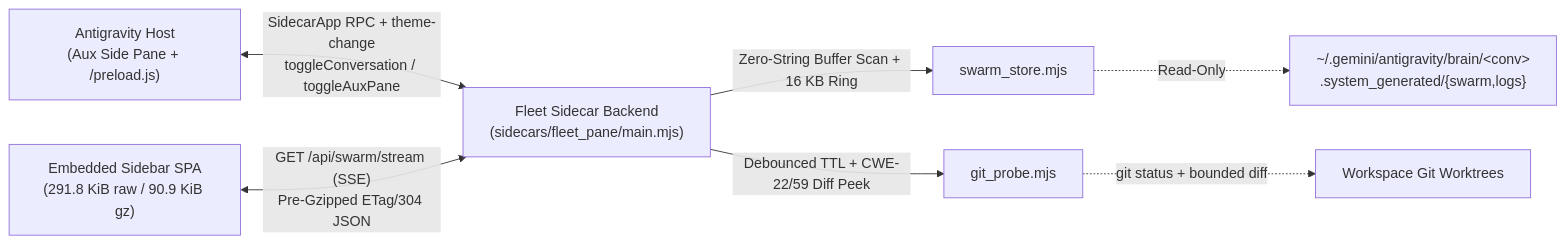
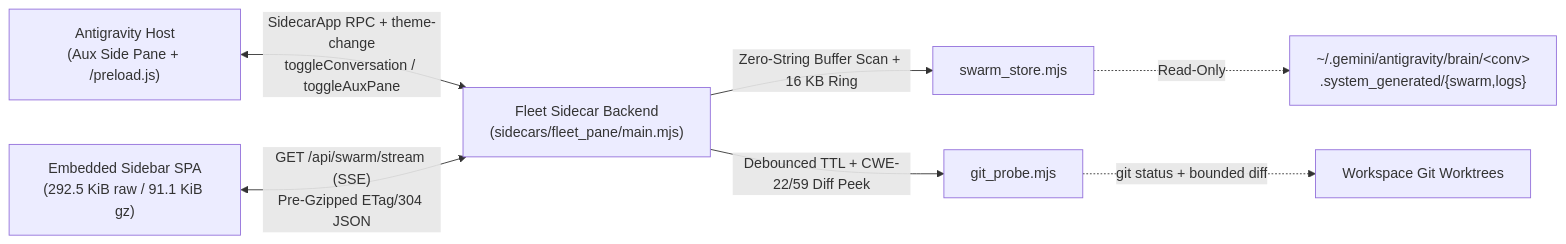
One commit to cayleb-james2008/dsh-fleet changed the diagram in README.md. Above: the diagram before and after it, drawn with Mermaid. The commit also changed other lines of this file and 12 other files, not shown here.

````diff
--- a/README.md
+++ b/README.md
@@ -82,9 +82,9 @@
 ```mermaid
 flowchart LR
     Host["Antigravity Host<br/>(Aux Side Pane + /preload.js)"] <-->|"SidecarApp RPC + theme-change<br/>toggleConversation / toggleAuxPane"| Backend["Fleet Sidecar Backend<br/>(sidecars/fleet_pane/main.mjs)"]
-    UI["Embedded Sidebar SPA<br/>(291.8 KiB raw / 90.9 KiB gz)"] <-->|"GET /api/swarm/stream (SSE)<br/>Pre-Gzipped ETag/304 JSON"| Backend
+    UI["Embedded Sidebar SPA<br/>(292.5 KiB raw / 91.1 KiB gz)"] <-->|"GET /api/swarm/stream (SSE)<br/>Pre-Gzipped ETag/304 JSON"| Backend
     Backend -->|"Zero-String Buffer Scan + 16 KB Ring"| Store["swarm_store.mjs"]
     Backend -->|"Debounced TTL + CWE-22/59 Diff Peek"| Git["git_probe.mjs"]
     Store -.->|"Read-Only"| Brain["~/.gemini/antigravity/brain/&lt;conv&gt;<br/>.system_generated/{swarm,logs}"]
     Git -.->|"git status + bounded diff"| WT["Workspace Git Worktrees"]
 ```
````
